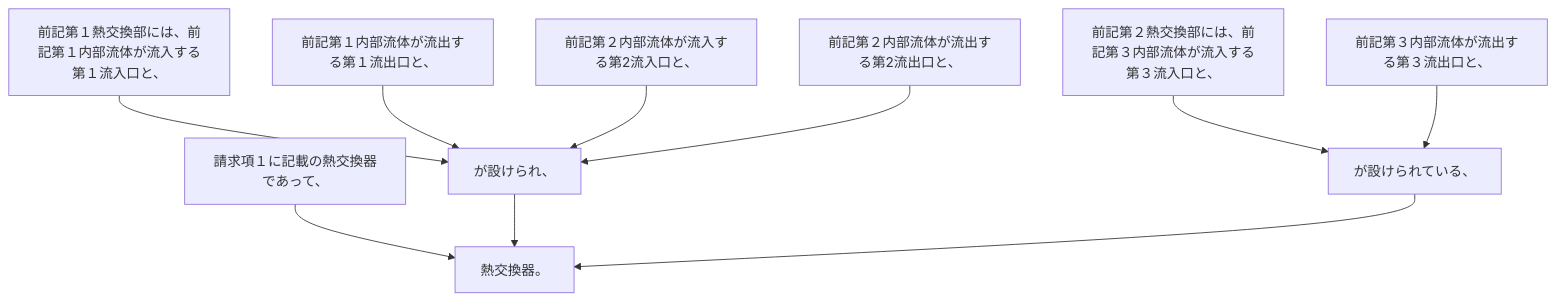
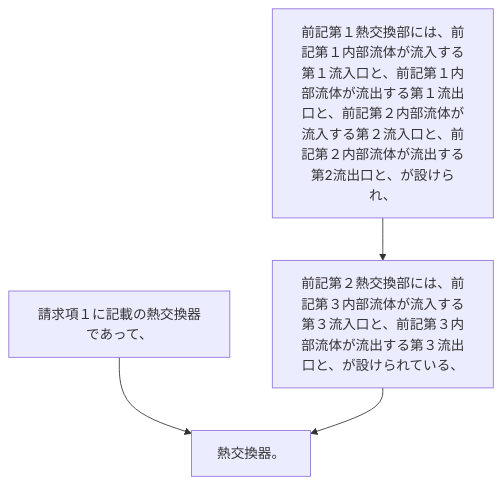
Before and after one commit to shinmori55/patent_analyzed: the diagram in 2024/JP2024007944A/claim_7/README.md, drawn with Mermaid. The commit also changed 9 other files, not shown here.

````diff
--- a/2024/JP2024007944A/claim_7/README.md
+++ b/2024/JP2024007944A/claim_7/README.md
@@ -4,22 +4,10 @@
 ```mermaid
 flowchart TD
 A[請求項１に記載の熱交換器であって、]
-B[前記第１熱交換部には、前記第１内部流体が流入する第１流入口と、]
-C[前記第１内部流体が流出する第１流出口と、]
-D[前記第２内部流体が流入する第2流入口と、]
-E[前記第２内部流体が流出する第2流出口と、]
-F[が設けられ、]
-G[前記第２熱交換部には、前記第３内部流体が流入する第３流入口と、]
-H[前記第３内部流体が流出する第３流出口と、]
-I[が設けられている、]
-J[熱交換器。]
-A --> J
-B --> F
-C --> F
-D --> F
-E --> F
-F --> J
-G --> I
-H --> I
-I --> J
+B[前記第１熱交換部には、前記第１内部流体が流入する第１流入口と、前記第１内部流体が流出する第１流出口と、前記第２内部流体が流入する第２流入口と、前記第２内部流体が流出する第2流出口と、が設けられ、]
+C[前記第２熱交換部には、前記第３内部流体が流入する第３流入口と、前記第３内部流体が流出する第３流出口と、が設けられている、]
+D[熱交換器。]
+A --> D
+B --> C
+C --> D
 ```
````
